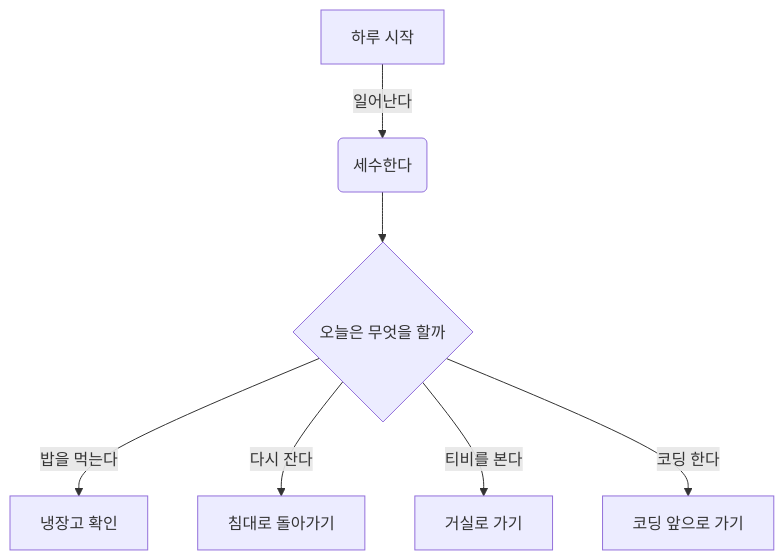
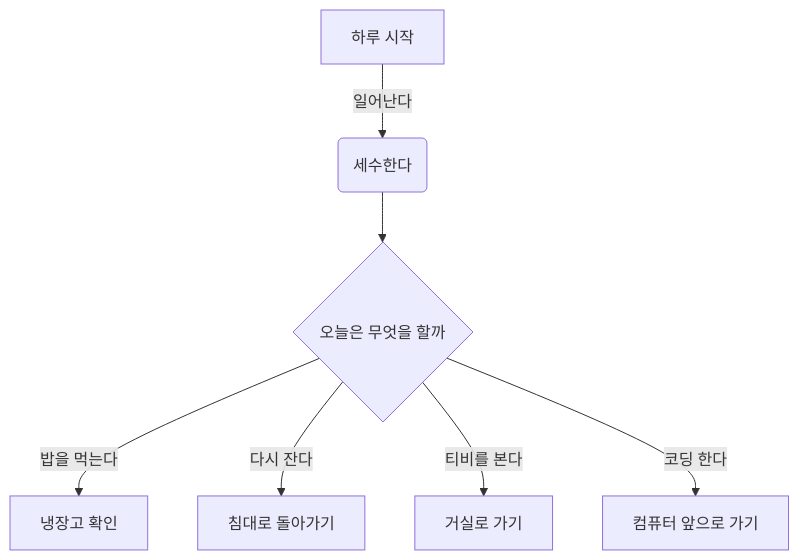
The diagram in README.md (yjlee9909/testtest), drawn with Mermaid before and after one commit.

````diff
--- a/README.md
+++ b/README.md
@@ -4,9 +4,9 @@
 ```mermaid
  graph TD
         A[하루 시작] -->|일어난다| B(세수한다)
         B --> C{오늘은 무엇을 할까}
         C -->|밥을 먹는다| D[냉장고 확인]
         C -->|다시 잔다| E[침대로 돌아가기]
         C -->|티비를 본다| F[거실로 가기]
-        C -->|코딩 한다| G[코딩 앞으로 가기]
+        C -->|코딩 한다| G[컴퓨터 앞으로 가기]
 ```
````
